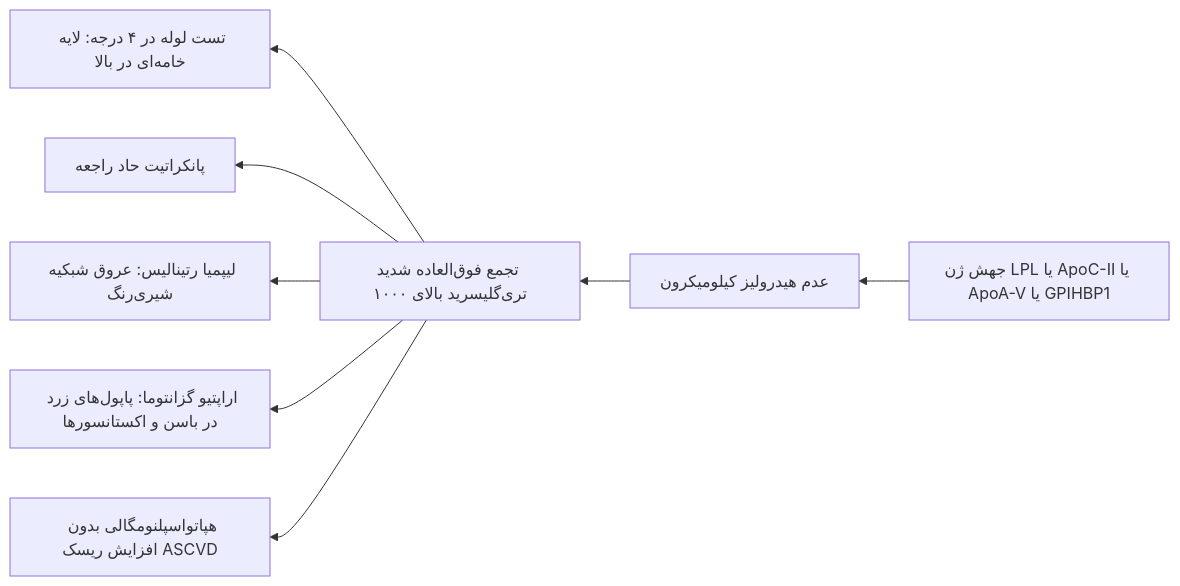
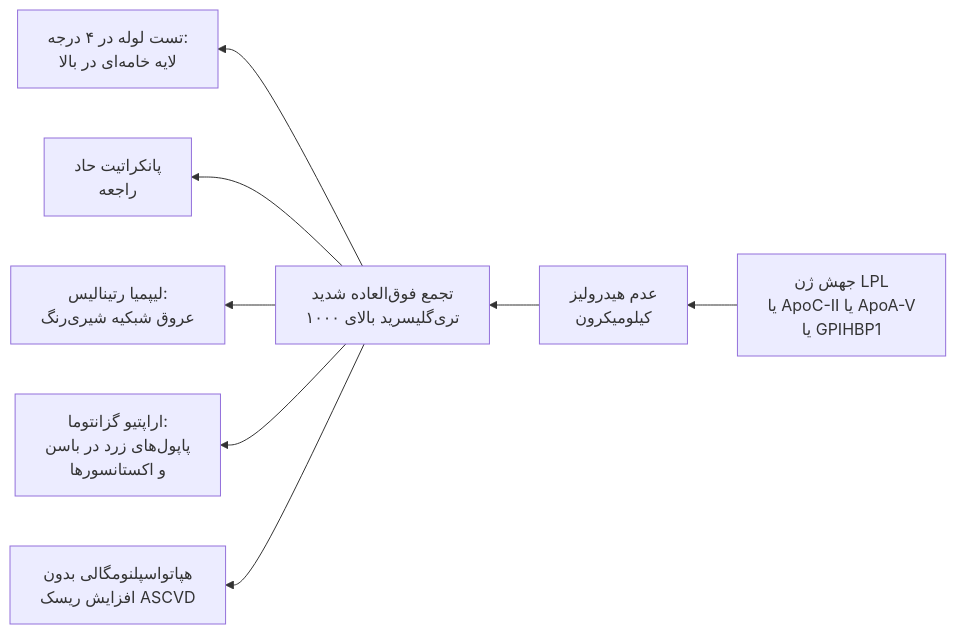
Before and after one commit to neopulse-hub/TUMS-1402-1-neo: the fifth of 11 diagrams in 07/مبانی غدد/متابولیسم لیپید.md, drawn with Mermaid. The commit also changed other lines of this file, not shown here.

````diff
--- a/07/مبانی غدد/متابولیسم لیپید.md
+++ b/07/مبانی غدد/متابولیسم لیپید.md
@@ -183,10 +191,17 @@
 ```mermaid
 flowchart RL
-    FCS_Trig[جهش ژن LPL یا ApoC-II یا ApoA-V یا GPIHBP1] --> FailLipol[عدم هیدرولیز کیلومیکرون]
-    FailLipol --> MegaTG[تجمع فوق‌العاده شدید تری‌گلیسرید بالای ۱۰۰۰]
-    MegaTG --> TubeTest[تست لوله در ۴ درجه: لایه خامه‌ای در بالا]
-    MegaTG --> Triad1[پانکراتیت حاد راجعه]
-    MegaTG --> Triad2[لیپمیا رتینالیس: عروق شبکیه شیری‌رنگ]
-    MegaTG --> Triad3[اراپتیو گزانتوما: پاپول‌های زرد در باسن و اکستانسورها]
-    MegaTG --> Triad4[هپاتواسپلنومگالی بدون افزایش ریسک ASCVD]
+
+FCS_Trig[جهش ژن LPL<br>یا ApoC-II یا ApoA-V<br>یا GPIHBP1] --> FailLipol[عدم هیدرولیز<br>کیلومیکرون]
+
+FailLipol --> MegaTG[تجمع فوق‌العاده شدید<br>تری‌گلیسرید بالای ۱۰۰۰]
+
+MegaTG --> TubeTest[تست لوله در ۴ درجه:<br>لایه خامه‌ای در بالا]
+
+MegaTG --> Triad1[پانکراتیت حاد<br>راجعه]
+
+MegaTG --> Triad2[لیپمیا رتینالیس:<br>عروق شبکیه شیری‌رنگ]
+
+MegaTG --> Triad3[اراپتیو گزانتوما:<br>پاپول‌های زرد در باسن<br>و اکستانسورها]
+
+MegaTG --> Triad4[هپاتواسپلنومگالی بدون<br>افزایش ریسک ASCVD]
 ```
````
